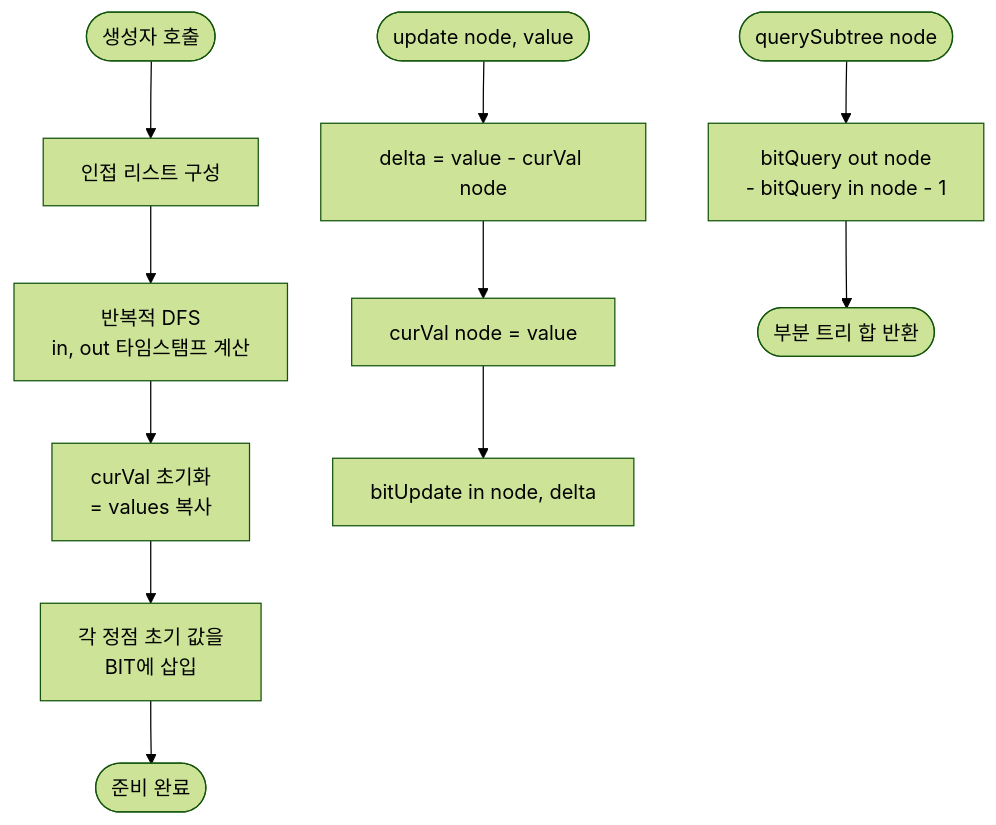
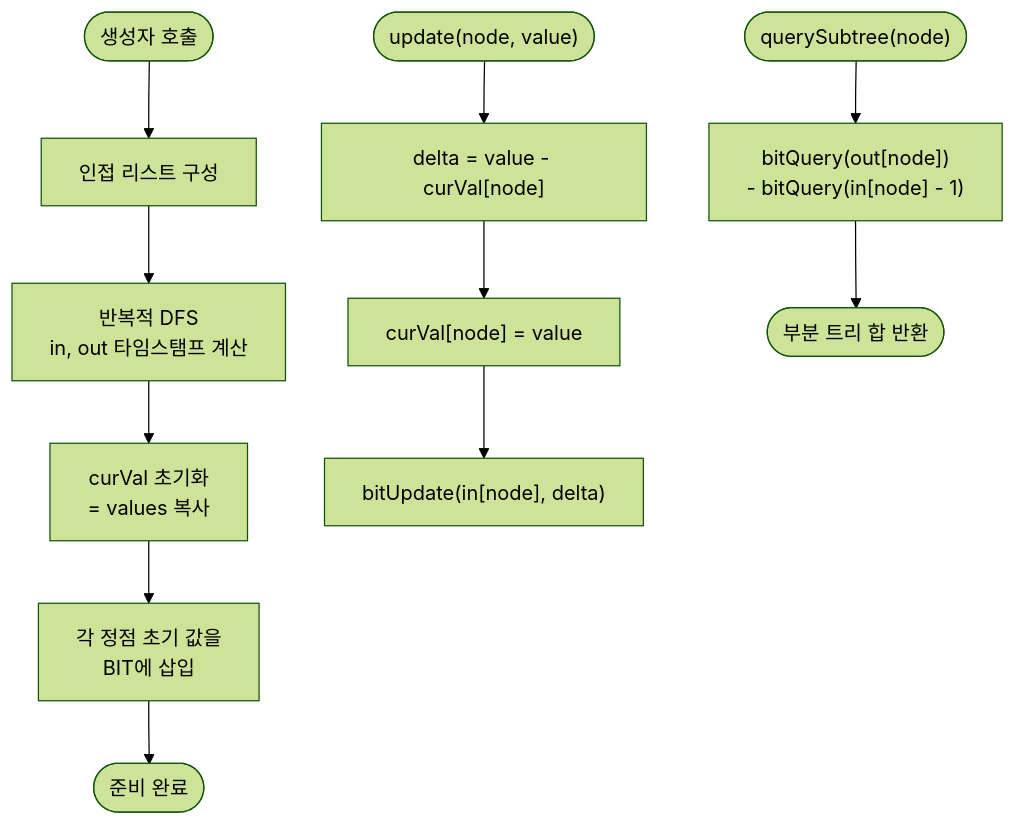
The diagram in src/algorithms/tree/subtreeSumQuery/subtreeSumQuery-guide.mdx (centurio1987/grow-up-programming), drawn with Mermaid (forest theme) before and after one commit. The commit also changed other lines of this file and 18 other files, not shown here.

````diff
--- a/src/algorithms/tree/subtreeSumQuery/subtreeSumQuery-guide.mdx
+++ b/src/algorithms/tree/subtreeSumQuery/subtreeSumQuery-guide.mdx
@@ -356,15 +393,15 @@
 ```mermaid
 flowchart TD
     A([생성자 호출]) --> B[인접 리스트 구성]
-    B --> C[반복적 DFS\nin, out 타임스탬프 계산]
-    C --> D[curVal 초기화\n= values 복사]
-    D --> E[각 정점 초기 값을\nBIT에 삽입]
+    B --> C["반복적 DFS<br/>in, out 타임스탬프 계산"]
+    C --> D["curVal 초기화<br/>= values 복사"]
+    D --> E["각 정점 초기 값을<br/>BIT에 삽입"]
     E --> F([준비 완료])
 
-    G([update node, value]) --> H[delta = value - curVal node]
-    H --> I[curVal node = value]
-    I --> J[bitUpdate in node, delta]
+    G(["update(node, value)"]) --> H["delta = value - curVal[node]"]
+    H --> I["curVal[node] = value"]
+    I --> J["bitUpdate(in[node], delta)"]
 
-    K([querySubtree node]) --> L[bitQuery out node\n- bitQuery in node - 1]
+    K(["querySubtree(node)"]) --> L["bitQuery(out[node])<br/>- bitQuery(in[node] - 1)"]
     L --> M([부분 트리 합 반환])
 ```
````
